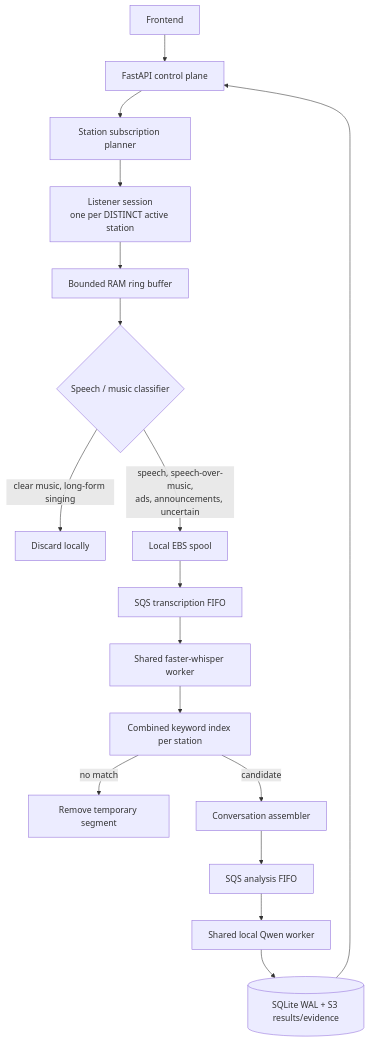
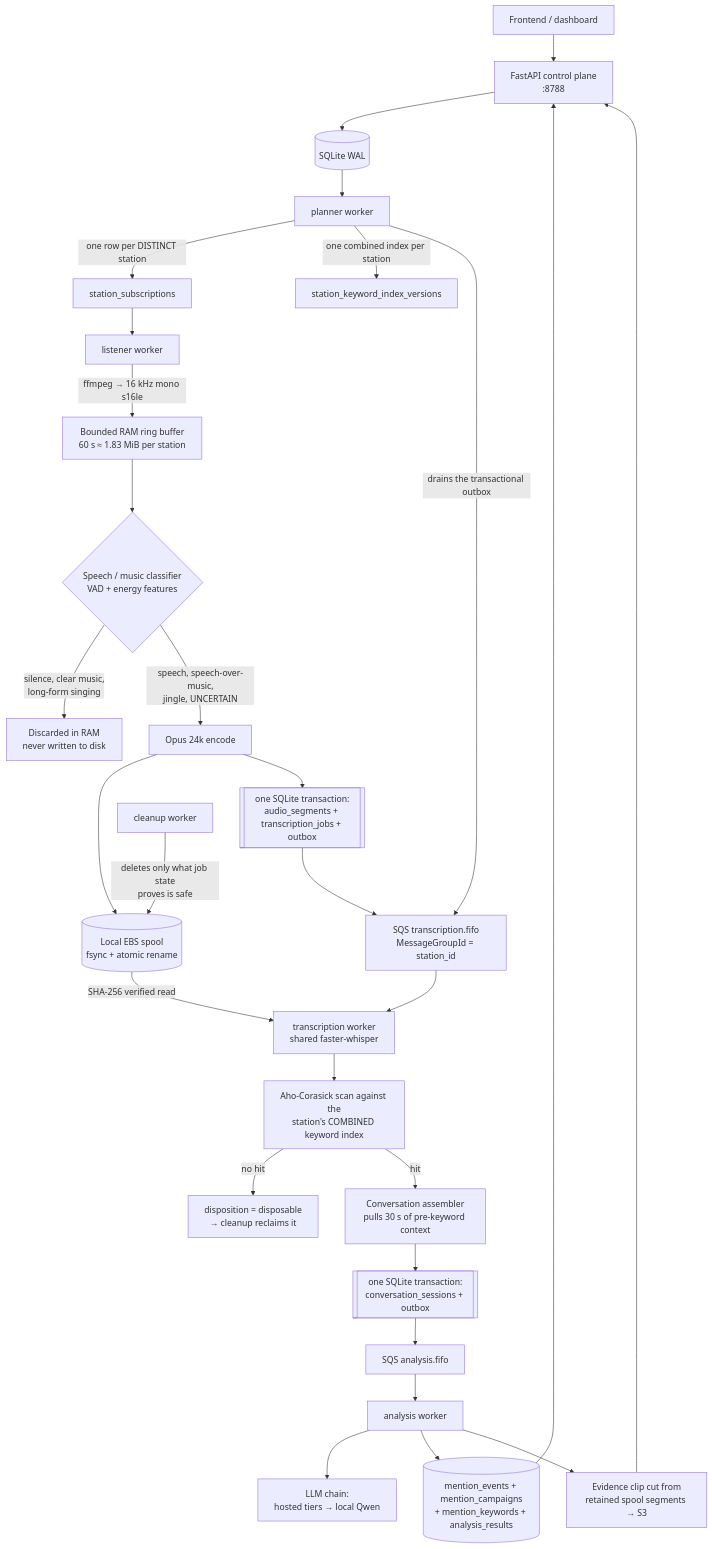
Before and after one commit to firemudfm/Radio-Broadcast-Analysis: the diagram in README.md, drawn with Mermaid. The commit also changed other lines of this file and 2 other files, not shown here.

First line of the commit message:
docs: AWS architecture diagram, and correct three README claims

````diff
--- a/README.md
+++ b/README.md
@@ -15,22 +35,40 @@
 ```mermaid
 flowchart TD
-    FE[Frontend] --> API[FastAPI control plane]
-    API --> PLAN[Station subscription planner]
-    PLAN --> LIS["Listener session<br/>one per DISTINCT active station"]
-    LIS --> RING[Bounded RAM ring buffer]
-    RING --> CLS{Speech / music classifier}
+    FE[Frontend / dashboard] --> API[FastAPI control plane<br/>:8788]
+    API --> DB[(SQLite WAL)]
 
-    CLS -->|clear music, long-form singing| DROP[Discard locally]
-    CLS -->|speech, speech-over-music,<br/>ads, announcements, uncertain| SPOOL[Local EBS spool]
+    DB --> PLAN[planner worker]
+    PLAN -->|one row per DISTINCT station| SUB[station_subscriptions]
+    PLAN -->|one combined index per station| IDX[station_keyword_index_versions]
+    PLAN -->|drains the transactional outbox| SQS1
 
-    SPOOL --> Q1[SQS transcription FIFO]
-    Q1 --> ASR[Shared faster-whisper worker]
-    ASR --> IDX[Combined keyword index per station]
+    SUB --> LIS[listener worker]
+    LIS -->|ffmpeg → 16 kHz mono s16le| RING[Bounded RAM ring buffer<br/>60 s ≈ 1.83 MiB per station]
+    RING --> CLS{Speech / music classifier<br/>VAD + energy features}
 
-    IDX -->|no match| RM[Remove temporary segment]
-    IDX -->|candidate| CONV[Conversation assembler]
-    CONV --> Q2[SQS analysis FIFO]
-    Q2 --> LLM[Shared local Qwen worker]
-    LLM --> STORE[(SQLite WAL + S3 results/evidence)]
-    STORE --> API
+    CLS -->|silence, clear music,<br/>long-form singing| DROP[Discarded in RAM<br/>never written to disk]
+    CLS -->|speech, speech-over-music,<br/>jingle, UNCERTAIN| ENC[Opus 24k encode]
+
+    ENC --> SPOOL[(Local EBS spool<br/>fsync + atomic rename)]
+    ENC --> TXN1[[one SQLite transaction:<br/>audio_segments + transcription_jobs + outbox]]
+    TXN1 --> SQS1[SQS transcription.fifo<br/>MessageGroupId = station_id]
+
+    SQS1 --> ASR[transcription worker<br/>shared faster-whisper]
+    SPOOL -->|SHA-256 verified read| ASR
+    ASR --> MATCH[Aho-Corasick scan against the<br/>station's COMBINED keyword index]
+
+    MATCH -->|no hit| DISP[disposition = disposable<br/>→ cleanup reclaims it]
+    MATCH -->|hit| CONV[Conversation assembler<br/>pulls 30 s of pre-keyword context]
+
+    CONV --> TXN2[[one SQLite transaction:<br/>conversation_sessions + outbox]]
+    TXN2 --> SQS2[SQS analysis.fifo]
+
+    SQS2 --> AN[analysis worker]
+    AN --> LLM[LLM chain:<br/>hosted tiers → local Qwen]
+    AN --> WRITE[(mention_events + mention_campaigns<br/>+ mention_keywords + analysis_results)]
+    AN --> EV[Evidence clip cut from<br/>retained spool segments → S3]
+    WRITE --> API
+    EV --> API
+
+    CLEAN[cleanup worker] -->|deletes only what job state<br/>proves is safe| SPOOL
 ```
````
